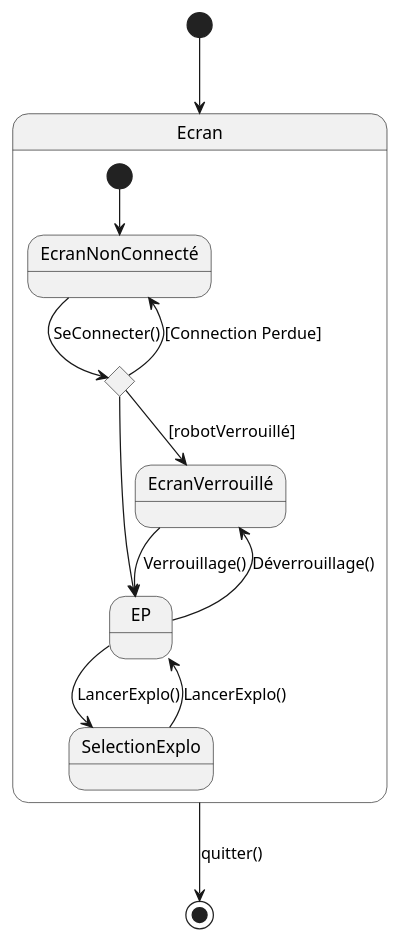
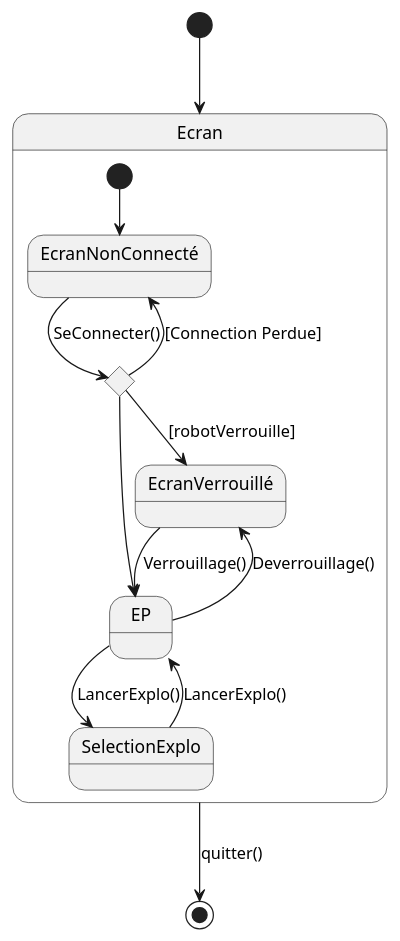
Before and after one commit to Larson-09/PATO_Project: the diagram in Diagrammes UML/3.1.3 - Les écrans/3.1.3 - Diagramme IHM.puml, drawn with PlantUML.

Commit message:
Diagramme IHM V1 FR/EN

```diff
--- a/Diagrammes UML/3.1.3 - Les écrans/3.1.3 - Diagramme IHM.puml
+++ b/Diagrammes UML/3.1.3 - Les écrans/3.1.3 - Diagramme IHM.puml
@@ -1,25 +1,26 @@
 @startuml
+
 [*] --> Ecran
 state Ecran {
     state "EcranNonConnecté" as EcranNonConnecté
     state "EP" as EP
     state "EcranVerrouillé" as EcranVerrouillé
     state "SelectionExplo" as SelectionExplo
 
     state c <<choice>>
 
     [*] --> EcranNonConnecté
     EcranNonConnecté --> c : SeConnecter()
 
     c --> EcranNonConnecté : [Connection Perdue]
     c --> EP
-    c --> EcranVerrouillé : [robotVerrouillé]
+    c --> EcranVerrouillé : [robotVerrouille]
     EcranVerrouillé --> EP: Verrouillage()
-   EP --> EcranVerrouillé :Déverrouillage()
+    EP --> EcranVerrouillé :Deverrouillage()
     EP --> SelectionExplo : LancerExplo()
     SelectionExplo --> EP : LancerExplo()
 }
 
 Ecran --> [*] : quitter()
 
 @enduml
```
